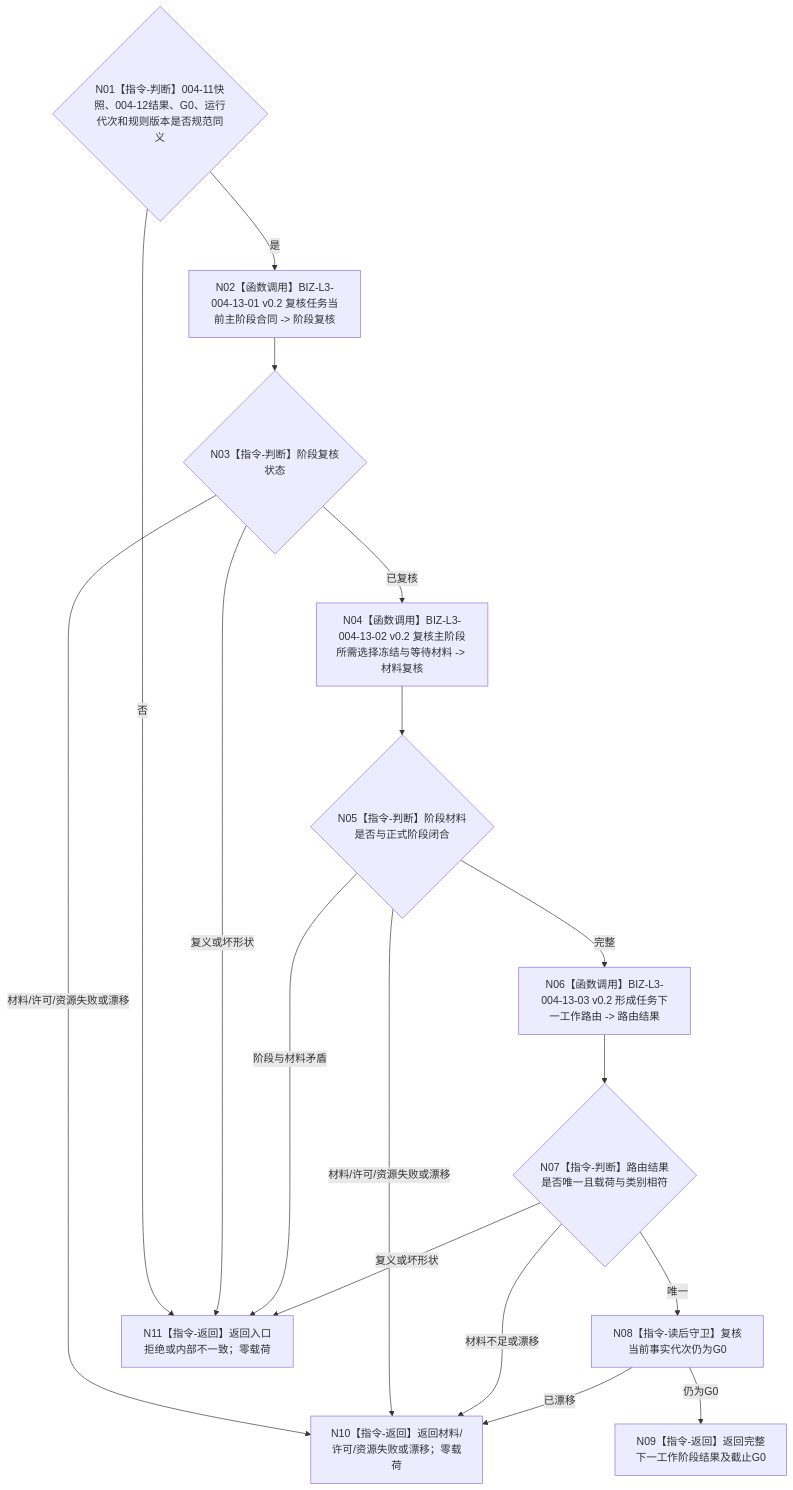
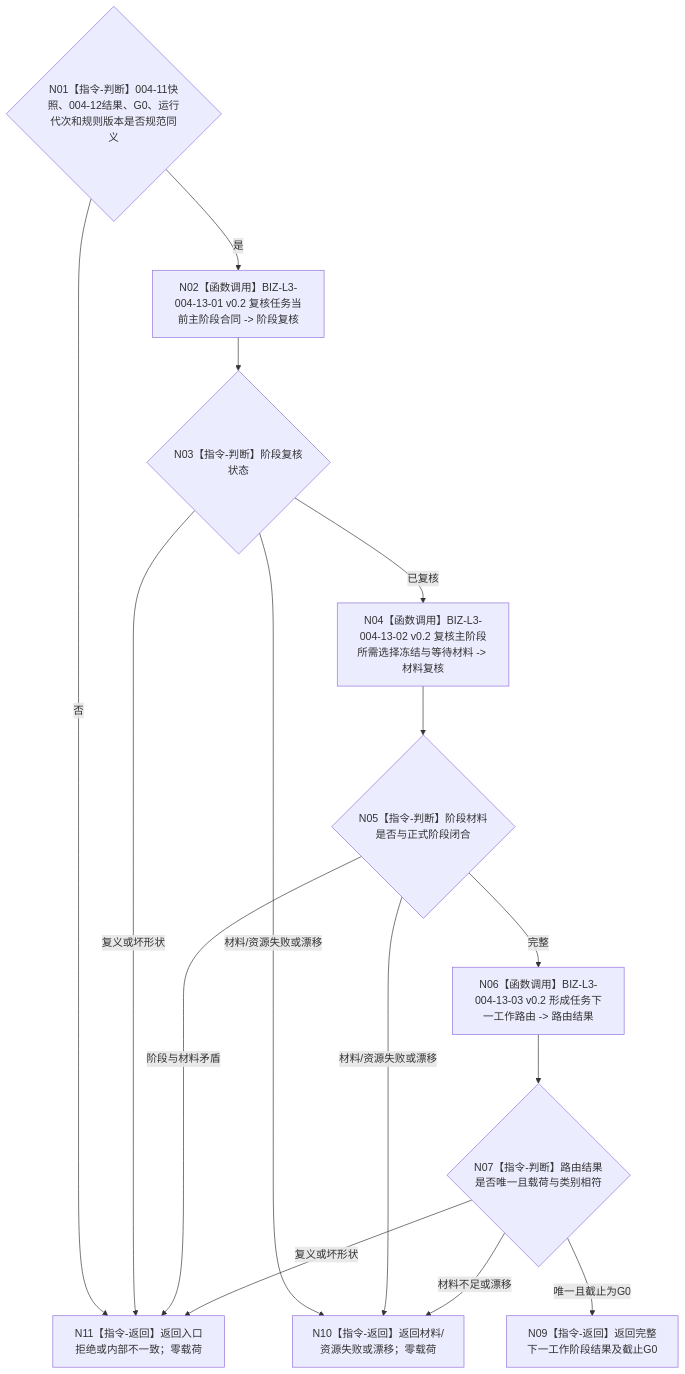
One commit to chunhaizh-cyber/HY-Ego changed the diagram in 流程图/目标业务流程图/L2/BIZ-L2-004-13_裁决任务下一工作阶段_目标函数流程图_v0.2.md. Above: the diagram before and after it, drawn with Mermaid. The commit also changed other lines of this file and 12 other files, not shown here.

````diff
--- a/流程图/目标业务流程图/L2/BIZ-L2-004-13_裁决任务下一工作阶段_目标函数流程图_v0.2.md
+++ b/流程图/目标业务流程图/L2/BIZ-L2-004-13_裁决任务下一工作阶段_目标函数流程图_v0.2.md
@@ -38,29 +38,26 @@
 ```mermaid
 flowchart TD
     N01{"N01【指令-判断】004-11快照、004-12结果、G0、运行代次和规则版本是否规范同义"}
     N02["N02【函数调用】BIZ-L3-004-13-01 v0.2 复核任务当前主阶段合同 -> 阶段复核"]
     N03{"N03【指令-判断】阶段复核状态"}
     N04["N04【函数调用】BIZ-L3-004-13-02 v0.2 复核主阶段所需选择冻结与等待材料 -> 材料复核"]
     N05{"N05【指令-判断】阶段材料是否与正式阶段闭合"}
     N06["N06【函数调用】BIZ-L3-004-13-03 v0.2 形成任务下一工作路由 -> 路由结果"]
     N07{"N07【指令-判断】路由结果是否唯一且载荷与类别相符"}
-    N08["N08【指令-读后守卫】复核当前事实代次仍为G0"]
     N09["N09【指令-返回】返回完整下一工作阶段结果及截止G0"]
-    N10["N10【指令-返回】返回材料/许可/资源失败或漂移；零载荷"]
+    N10["N10【指令-返回】返回材料/资源失败或漂移；零载荷"]
     N11["N11【指令-返回】返回入口拒绝或内部不一致；零载荷"]
 
     N01 -->|否| N11
     N01 -->|是| N02 --> N03
     N03 -->|已复核| N04
-    N03 -->|材料/许可/资源失败或漂移| N10
+    N03 -->|材料/资源失败或漂移| N10
     N03 -->|复义或坏形状| N11
     N04 --> N05
     N05 -->|完整| N06 --> N07
-    N05 -->|材料/许可/资源失败或漂移| N10
+    N05 -->|材料/资源失败或漂移| N10
     N05 -->|阶段与材料矛盾| N11
     N07 -->|材料不足或漂移| N10
     N07 -->|复义或坏形状| N11
-    N07 -->|唯一| N08
-    N08 -->|已漂移| N10
-    N08 -->|仍为G0| N09
+    N07 -->|唯一且截止为G0| N09
 ```
````
